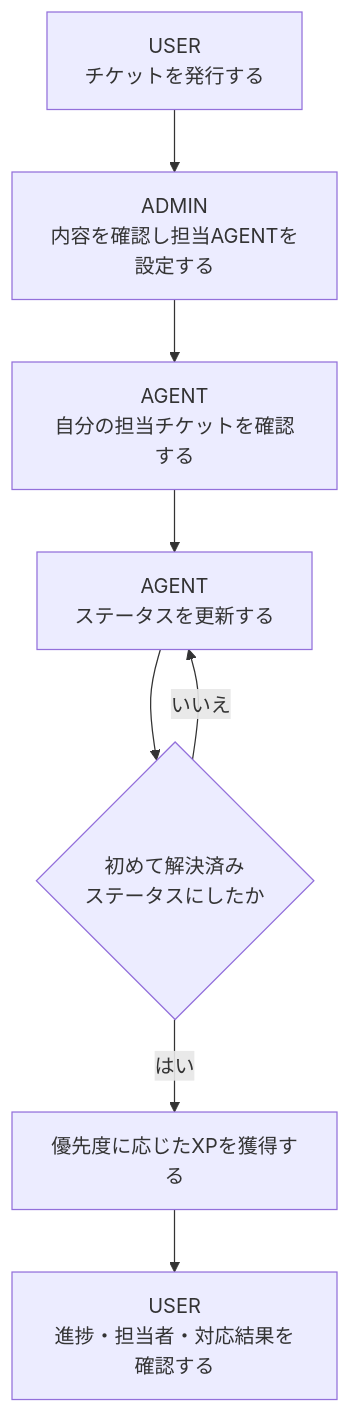
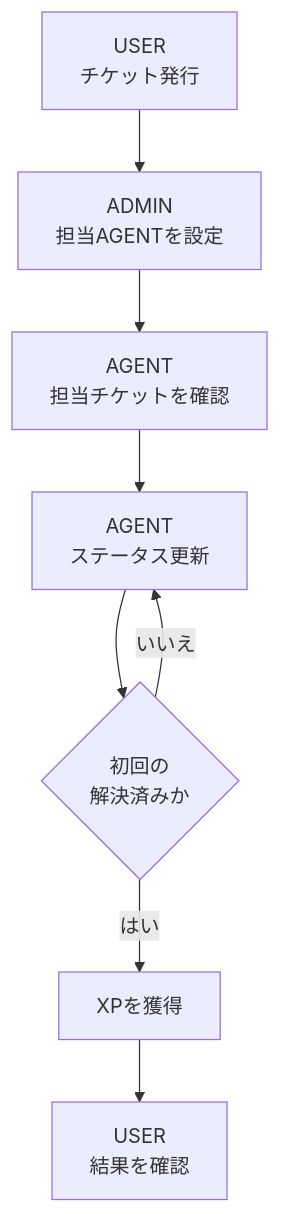
One commit to tomys4529/chikecan changed the first of 3 diagrams in README.md. Above: the diagram before and after it, drawn with Mermaid. The commit also changed other lines of this file, not shown here.

````diff
--- a/README.md
+++ b/README.md
@@ -45,10 +45,14 @@
 ```mermaid
 flowchart TD
-    U1["USER<br>チケットを発行する"] --> A1["ADMIN<br>内容を確認し担当AGENTを設定する"]
-    A1 --> G1["AGENT<br>自分の担当チケットを確認する"]
-    G1 --> G2["AGENT<br>ステータスを更新する"]
-    G2 --> R1{"初めて解決済み<br>ステータスにしたか"}
-    R1 -- はい --> X1["優先度に応じたXPを獲得する"]
+    U1["USER<br/>チケット発行"]
+    A1["ADMIN<br/>担当AGENTを設定"]
+    G1["AGENT<br/>担当チケットを確認"]
+    G2["AGENT<br/>ステータス更新"]
+    R1{"初回の<br/>解決済みか"}
+    X1["XPを獲得"]
+    U2["USER<br/>結果を確認"]
+
+    U1 --> A1 --> G1 --> G2 --> R1
+    R1 -- はい --> X1 --> U2
     R1 -- いいえ --> G2
-    X1 --> U2["USER<br>進捗・担当者・対応結果を確認する"]
 ```
````
